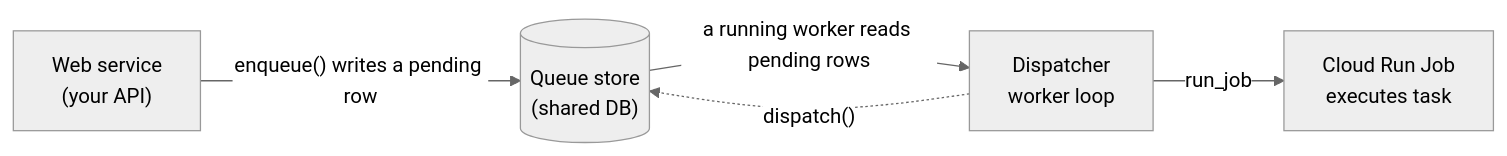
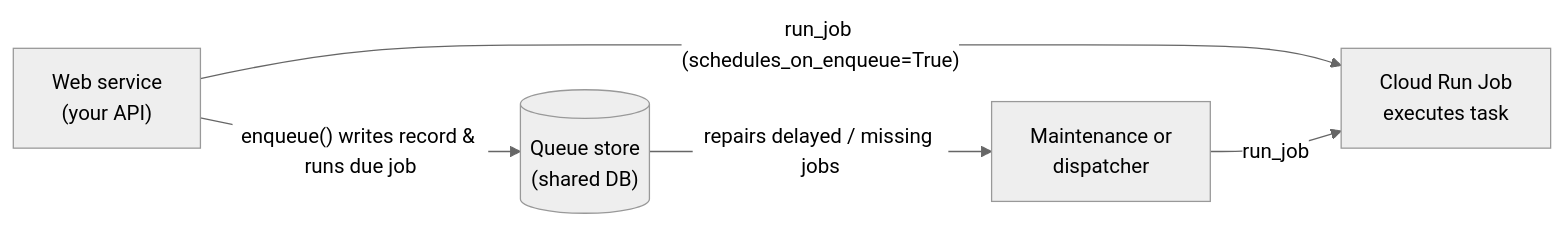
Before and after one commit to cofin/litestar-queues: the diagram in docs/usage/deployment/cloud-run.rst, drawn with Mermaid (neutral theme). The commit also changed other lines of this file and 96 other files, not shown here.

First line of the commit message:
feat(queues): support scale-to-zero hybrid backends, 6-phase maintenance, stream rollover, and standalone worker lifespan (#185)

```diff
--- a/docs/usage/deployment/cloud-run.rst
+++ b/docs/usage/deployment/cloud-run.rst
@@ -51,12 +57,12 @@
 .. mermaid::
 
    flowchart LR
        web["Web service<br/>(your API)"]
        store[("Queue store<br/>(shared DB)")]
-       dispatcher["Dispatcher<br/>worker loop"]
+       dispatcher["Maintenance or<br/>dispatcher"]
        job["Cloud Run Job<br/>executes task"]
 
-       web -- "enqueue() writes a pending row" --> store
-       store -- "a running worker reads pending rows" --> dispatcher
+       web -- "enqueue() writes record & runs due job" --> store
+       web -- "run_job (schedules_on_enqueue=True)" --> job
+       store -- "repairs delayed / missing jobs" --> dispatcher
        dispatcher -- "run_job" --> job
-       dispatcher -. "dispatch()" .-> store
```
